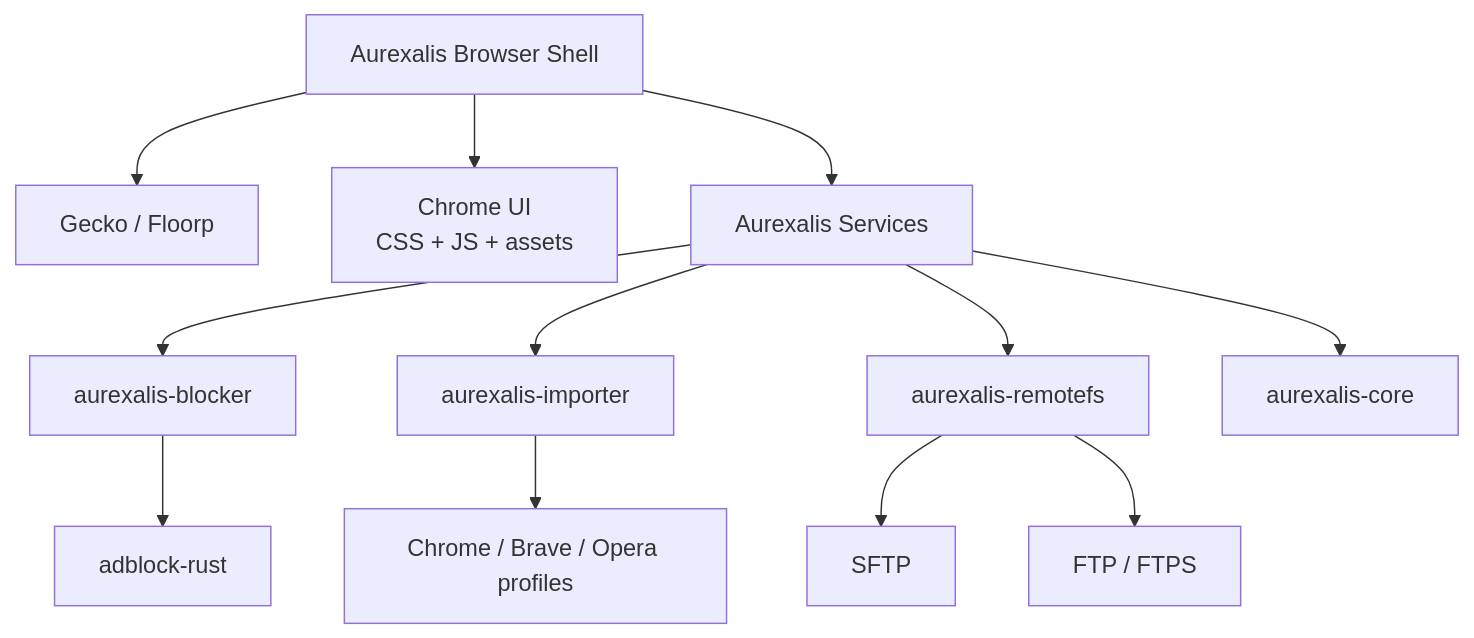
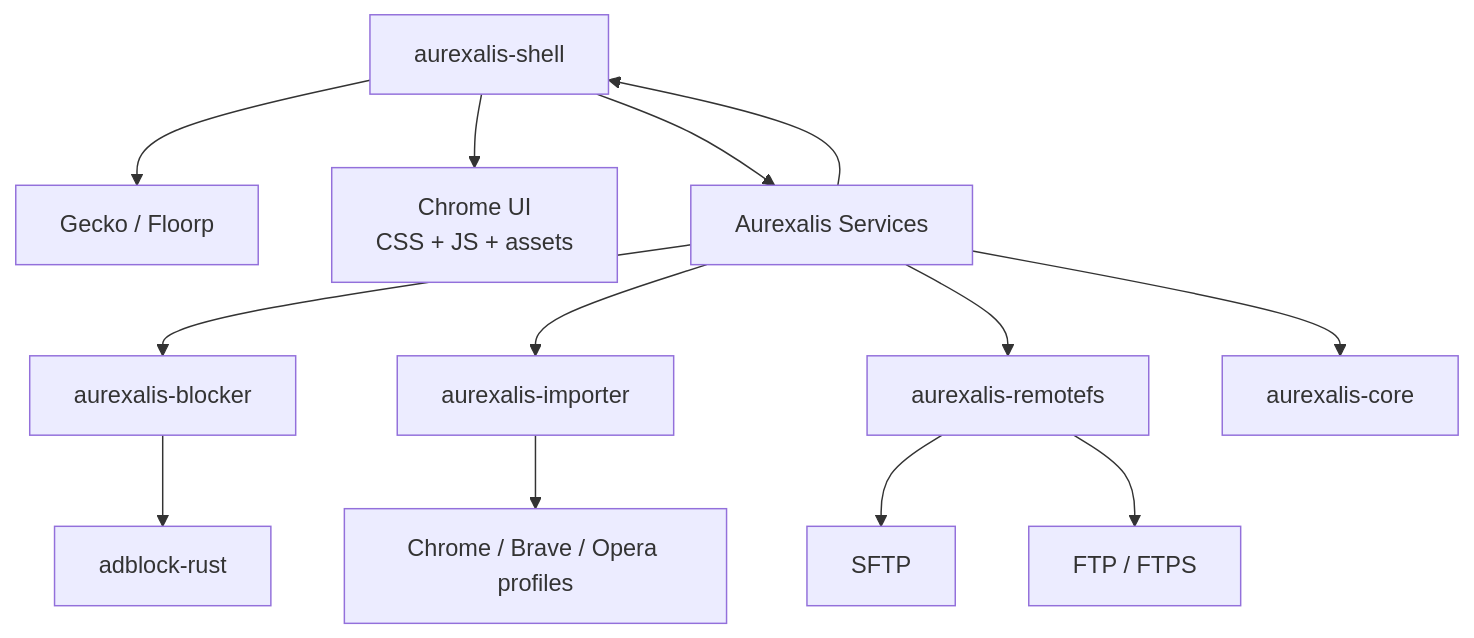
The diagram in docs/ARCHITECTURE.md (JackStar6677-1/Aurexalis), drawn with Mermaid before and after one commit. The commit also changed other lines of this file and 15 other files, not shown here.

````diff
--- a/docs/ARCHITECTURE.md
+++ b/docs/ARCHITECTURE.md
@@ -7,16 +7,17 @@
 ```mermaid
 flowchart TB
   Shell["Aurexalis Browser Shell"] --> Gecko["Gecko / Floorp"]
   Shell --> ChromeUI["Chrome UI<br/>CSS + JS + assets"]
   Shell --> Services["Aurexalis Services"]
 
   Services --> Blocker["aurexalis-blocker"]
   Services --> Importer["aurexalis-importer"]
   Services --> RemoteFS["aurexalis-remotefs"]
+  Services --> Shell["aurexalis-shell"]
   Services --> Core["aurexalis-core"]
 
   Blocker --> AdblockRust["adblock-rust"]
   Importer --> BrowserProfiles["Chrome / Brave / Opera profiles"]
   RemoteFS --> SFTP["SFTP"]
   RemoteFS --> FTP["FTP / FTPS"]
 ```
````
